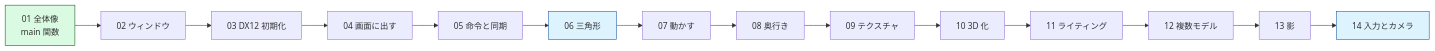
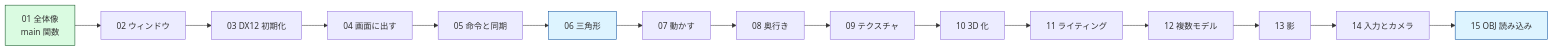
The diagram in docs/tutorial/README.md (Tomonorarari-Think/DirectX12Dev), drawn with Mermaid before and after one commit. The commit also changed other lines of this file and 19 other files, not shown here.

````diff
--- a/docs/tutorial/README.md
+++ b/docs/tutorial/README.md
@@ -38,20 +39,21 @@
 ```mermaid
 flowchart LR
     A["01 全体像<br/>main 関数"] --> B["02 ウィンドウ"]
     B --> C["03 DX12 初期化"]
     C --> D["04 画面に出す"]
     D --> E["05 命令と同期"]
     E --> F["06 三角形"]
     F --> G["07 動かす"]
     G --> H["08 奥行き"]
     H --> I["09 テクスチャ"]
     I --> J["10 3D 化"]
     J --> K["11 ライティング"]
     K --> L["12 複数モデル"]
     L --> M["13 影"]
     M --> N["14 入力とカメラ"]
+    N --> O["15 OBJ 読み込み"]
 
     style A fill:#dafbe1,stroke:#0d4f21
     style F fill:#ddf4ff,stroke:#0a4f9e
-    style N fill:#ddf4ff,stroke:#0a4f9e
+    style O fill:#ddf4ff,stroke:#0a4f9e
 ```
````
